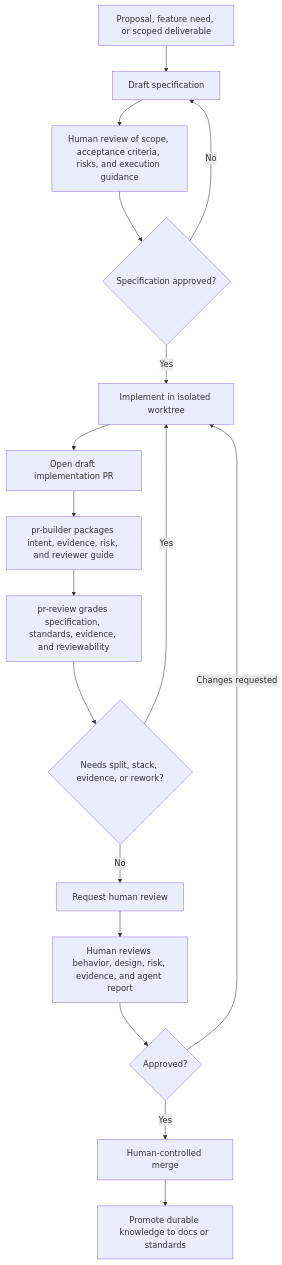
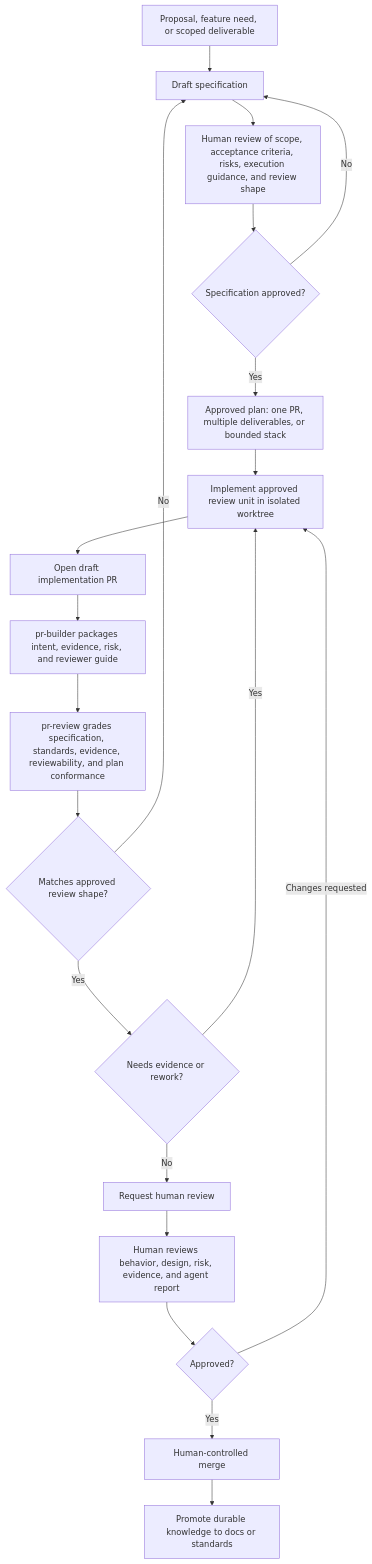
One commit to zazzcode/zazz-skills changed the second of 2 diagrams in docs/human-in-loop-pr-review-strategy.md. Above: the diagram before and after it, drawn with Mermaid. The commit also changed other lines of this file and 7 other files, not shown here.

````diff
--- a/docs/human-in-loop-pr-review-strategy.md
+++ b/docs/human-in-loop-pr-review-strategy.md
@@ -335,19 +358,22 @@
 ```mermaid
 flowchart TB
     A["Proposal, feature need, or scoped deliverable"] --> B["Draft specification"]
-    B --> C["Human review of scope, acceptance criteria, risks, and execution guidance"]
+    B --> C["Human review of scope, acceptance criteria, risks, execution guidance, and review shape"]
     C --> D{"Specification approved?"}
     D -- "No" --> B
-    D -- "Yes" --> E["Implement in isolated worktree"]
-    E --> F["Open draft implementation PR"]
-    F --> G["pr-builder packages intent, evidence, risk, and reviewer guide"]
-    G --> H["pr-review grades specification, standards, evidence, and reviewability"]
-    H --> I{"Needs split, stack, evidence, or rework?"}
-    I -- "Yes" --> E
-    I -- "No" --> J["Request human review"]
-    J --> K["Human reviews behavior, design, risk, evidence, and agent report"]
-    K --> L{"Approved?"}
-    L -- "Changes requested" --> E
-    L -- "Yes" --> M["Human-controlled merge"]
-    M --> N["Promote durable knowledge to docs or standards"]
+    D -- "Yes" --> E["Approved plan: one PR, multiple deliverables, or bounded stack"]
+    E --> F["Implement approved review unit in isolated worktree"]
+    F --> G["Open draft implementation PR"]
+    G --> H["pr-builder packages intent, evidence, risk, and reviewer guide"]
+    H --> I["pr-review grades specification, standards, evidence, reviewability, and plan conformance"]
+    I --> J{"Matches approved review shape?"}
+    J -- "No" --> B
+    J -- "Yes" --> K{"Needs evidence or rework?"}
+    K -- "Yes" --> F
+    K -- "No" --> L["Request human review"]
+    L --> M["Human reviews behavior, design, risk, evidence, and agent report"]
+    M --> N{"Approved?"}
+    N -- "Changes requested" --> F
+    N -- "Yes" --> O["Human-controlled merge"]
+    O --> P["Promote durable knowledge to docs or standards"]
 ```
````
